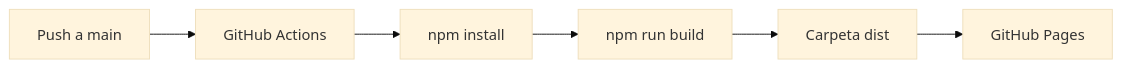
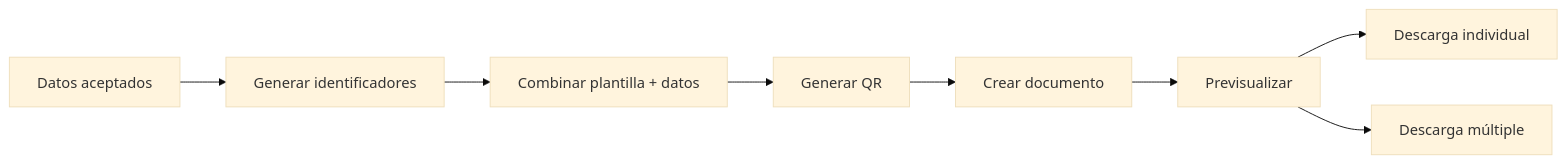
One commit to gio-canto/Sistema-automatizado-de-gesti-n-de-constancias-SAGC- changed the third of 4 diagrams in README.md. Above: the diagram before and after it, drawn with Mermaid (base theme). The commit also changed other lines of this file, not shown here.

````diff
--- a/README.md
+++ b/README.md
@@ -114,8 +576,10 @@
 ```mermaid
 flowchart LR
-    A[Push a main] --> B[GitHub Actions]
-    B --> C[npm install]
-    C --> D[npm run build]
-    D --> E[Carpeta dist]
-    E --> F[GitHub Pages]
+    A[Datos aceptados] --> B[Generar identificadores]
+    B --> C[Combinar plantilla + datos]
+    C --> D[Generar QR]
+    D --> E[Crear documento]
+    E --> F[Previsualizar]
+    F --> G[Descarga individual]
+    F --> H[Descarga múltiple]
 ```
````
